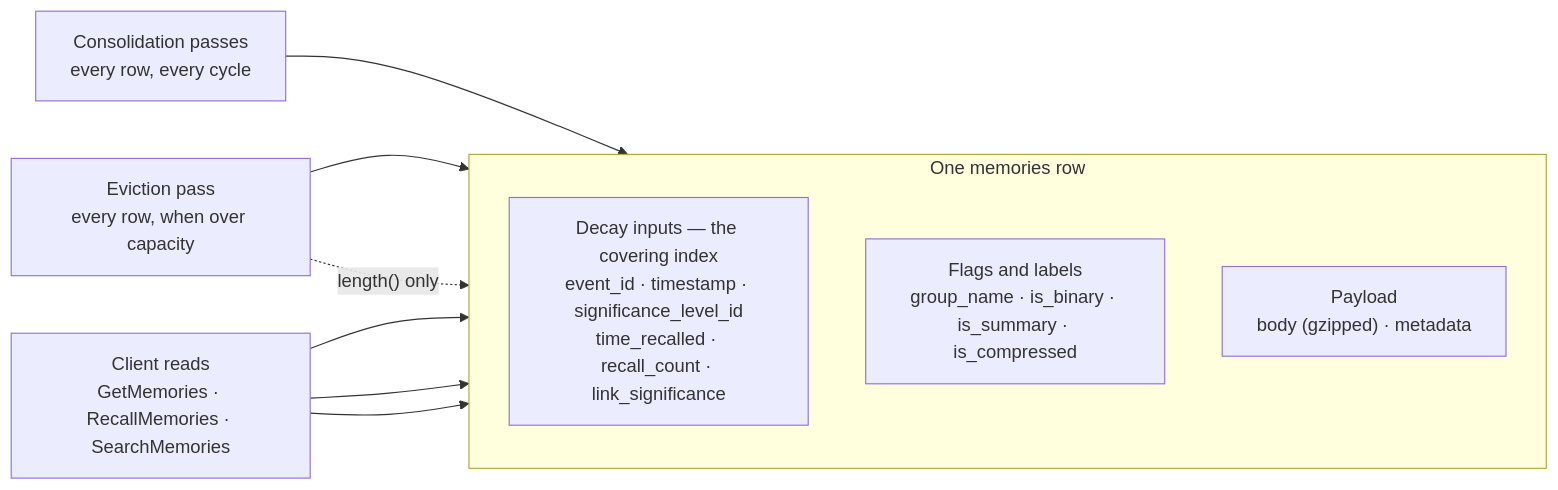
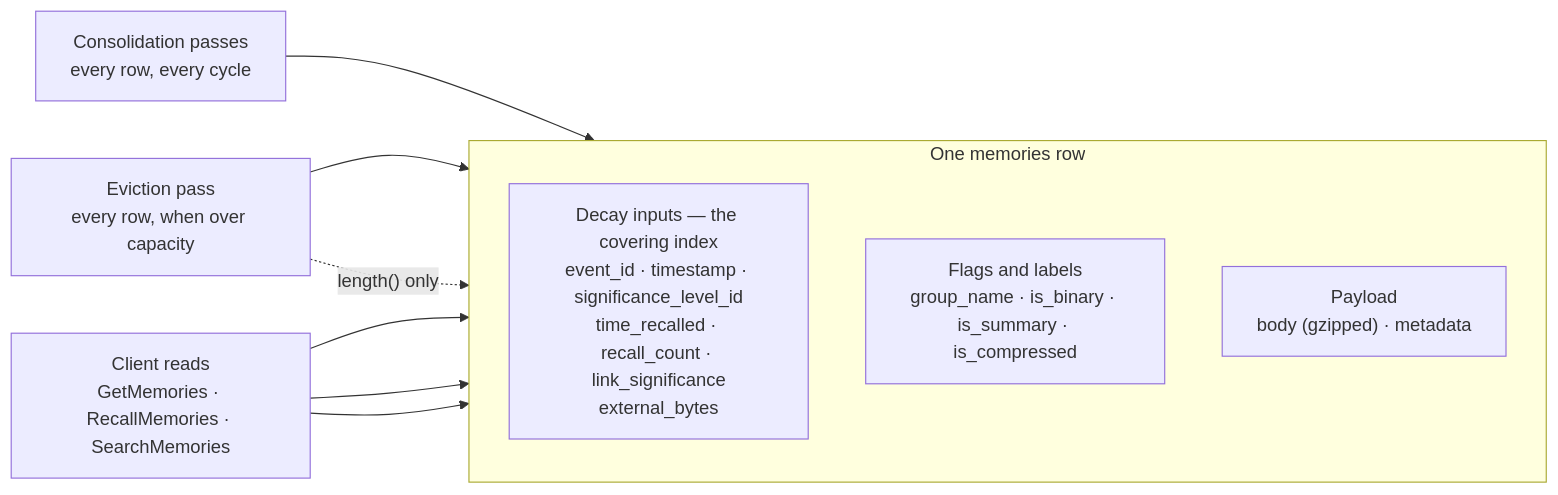
One commit to fastbean-au/hippocampus changed the diagram in docs/consolidation.md. Above: the diagram before and after it, drawn with Mermaid. The commit also changed other lines of this file and 54 other files, not shown here.

````diff
--- a/docs/consolidation.md
+++ b/docs/consolidation.md
@@ -375,16 +376,16 @@
 ```mermaid
 flowchart LR
   subgraph memories["One memories row"]
     direction TB
-    inputs["Decay inputs — the covering index<br/>event_id · timestamp · significance_level_id<br/>time_recalled · recall_count · link_significance"]
+    inputs["Decay inputs — the covering index<br/>event_id · timestamp · significance_level_id<br/>time_recalled · recall_count · link_significance<br/>external_bytes"]
     flags["Flags and labels<br/>group_name · is_binary · is_summary · is_compressed"]
     payload["Payload<br/>body (gzipped) · metadata"]
   end
 
   C["Consolidation passes<br/>every row, every cycle"] --> inputs
   E["Eviction pass<br/>every row, when over capacity"] --> inputs
   E -.->|"length() only"| payload
   R["Client reads<br/>GetMemories · RecallMemories · SearchMemories"] --> inputs
   R --> flags
   R --> payload
 ```
````
